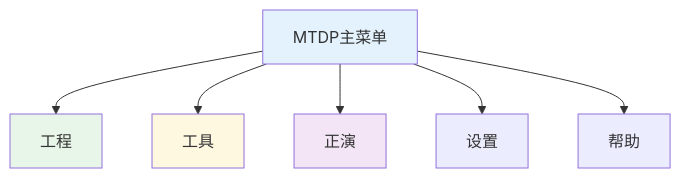
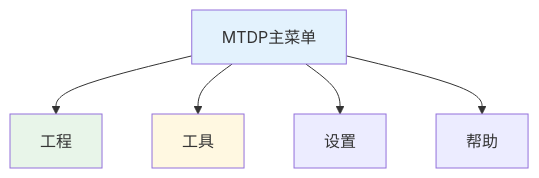
The third of 7 diagrams in source/chapters/chapter1.md (EMWPJ/MTDataPro-docs), drawn with Mermaid before and after one commit. The commit also changed other lines of this file and 7 other files, not shown here.

````diff
--- a/source/chapters/chapter1.md
+++ b/source/chapters/chapter1.md
@@ -167,13 +155,11 @@
 ```mermaid
 graph TB
     A[MTDP主菜单] --> B[工程]
     A --> C[工具]
-    A --> D[正演]
-    A --> E[设置]
-    A --> F[帮助]
+    A --> D[设置]
+    A --> E[帮助]
     
     style A fill:#e3f2fd
     style B fill:#e8f5e9
     style C fill:#fff8e1
-    style D fill:#f3e5f5
 ```
````
